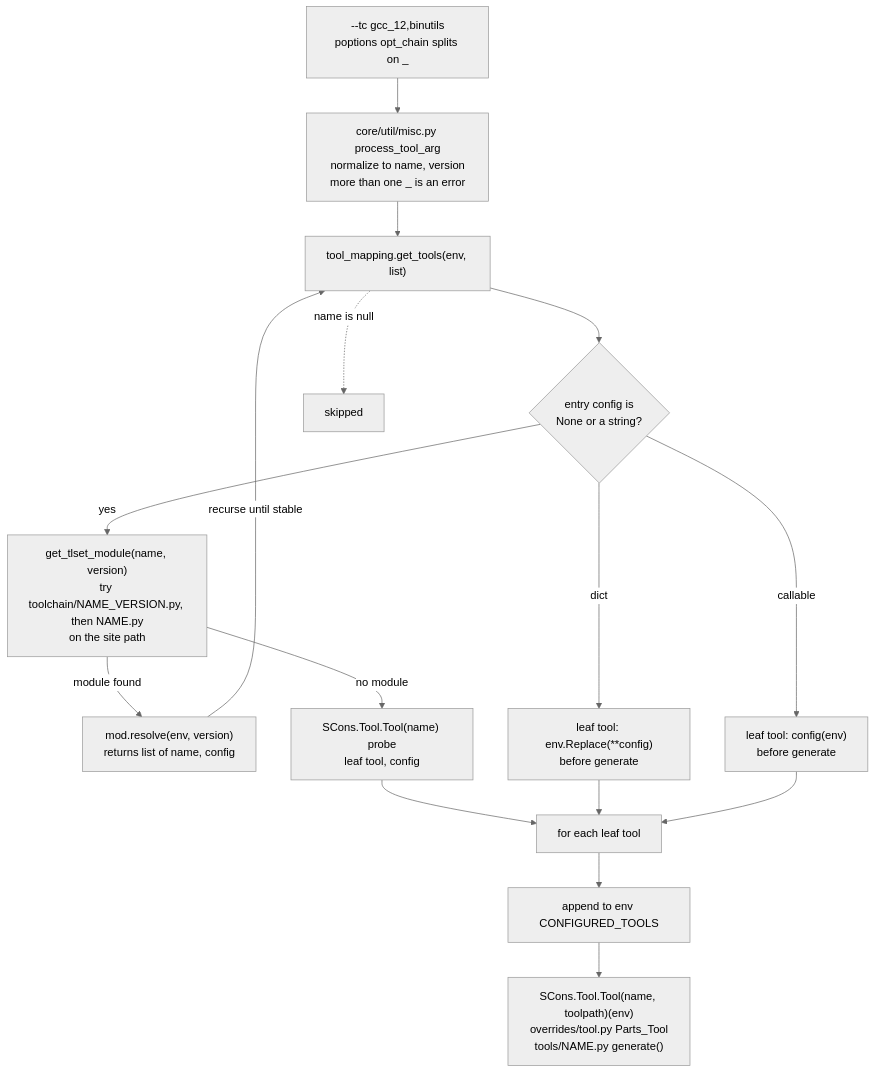
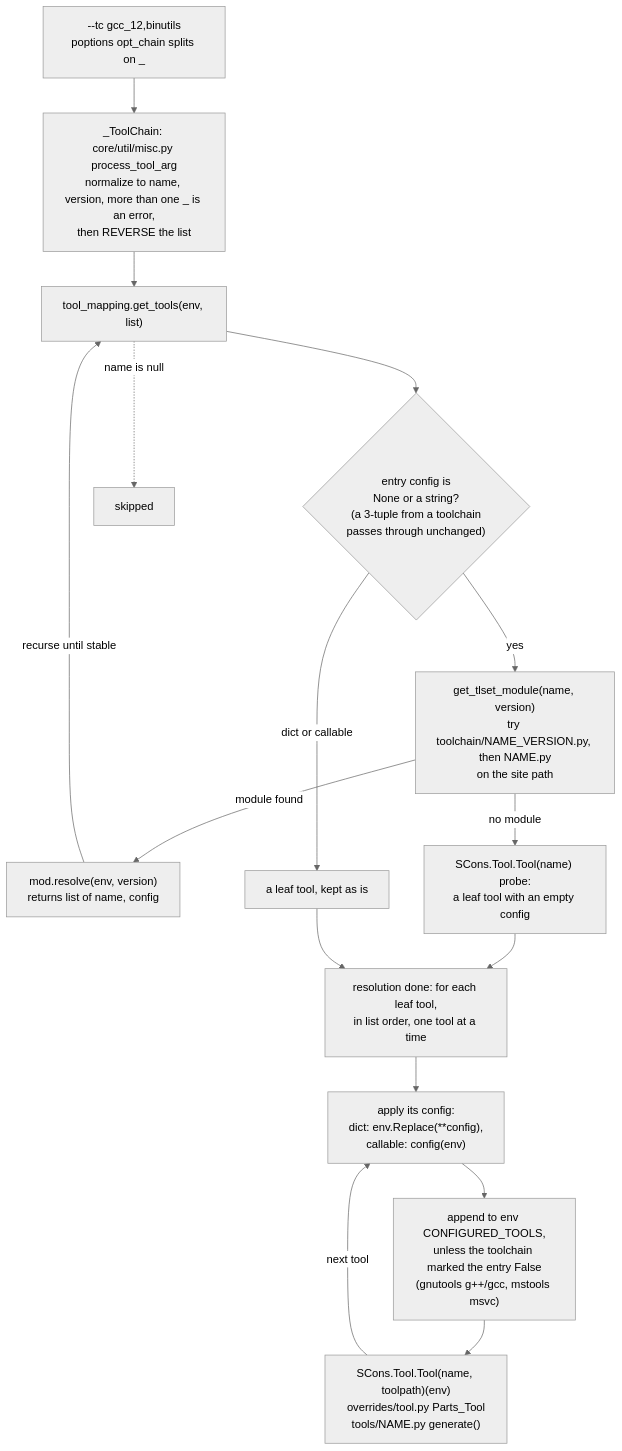
Before and after one commit to sconsparts/parts: the second of 3 diagrams in doc/architecture/02-environments-toolchains-config.md, drawn with Mermaid (neutral theme). The commit also changed other lines of this file and 8 other files, not shown here.

First line of the commit message:
Correct the architecture maps after an order-and-attribution review

````diff
--- a/doc/architecture/02-environments-toolchains-config.md
+++ b/doc/architecture/02-environments-toolchains-config.md
@@ -37,18 +38,18 @@
 ```mermaid
 flowchart TD
-    A["--tc gcc_12,binutils<br/>poptions opt_chain splits on _"] --> B["core/util/misc.py process_tool_arg<br/>normalize to name, version<br/>more than one _ is an error"]
+    A["--tc gcc_12,binutils<br/>poptions opt_chain splits on _"] --> B["_ToolChain: core/util/misc.py process_tool_arg<br/>normalize to name, version, more than one _ is an error,<br/>then REVERSE the list"]
     B --> C["tool_mapping.get_tools(env, list)"]
-    C --> D{"entry config is<br/>None or a string?"}
+    C --> D{"entry config is<br/>None or a string?<br/>(a 3-tuple from a toolchain<br/>passes through unchanged)"}
     D -->|"yes"| E["get_tlset_module(name, version)<br/>try toolchain/NAME_VERSION.py, then NAME.py<br/>on the site path"]
     E -->|"module found"| F["mod.resolve(env, version)<br/>returns list of name, config"]
     F -->|"recurse until stable"| C
-    E -->|"no module"| G["SCons.Tool.Tool(name) probe<br/>leaf tool, config"]
-    D -->|"dict"| H["leaf tool: env.Replace(**config)<br/>before generate"]
-    D -->|"callable"| I["leaf tool: config(env)<br/>before generate"]
-    G --> J["for each leaf tool"]
+    E -->|"no module"| G["SCons.Tool.Tool(name) probe:<br/>a leaf tool with an empty config"]
+    D -->|"dict or callable"| H["a leaf tool, kept as is"]
+    G --> J["resolution done: for each leaf tool,<br/>in list order, one tool at a time"]
     H --> J
-    I --> J
-    J --> K["append to env CONFIGURED_TOOLS"]
+    J --> J1["apply its config:<br/>dict: env.Replace(**config),<br/>callable: config(env)"]
+    J1 --> K["append to env CONFIGURED_TOOLS,<br/>unless the toolchain marked the entry False<br/>(gnutools g++/gcc, mstools msvc)"]
     K --> L["SCons.Tool.Tool(name, toolpath)(env)<br/>overrides/tool.py Parts_Tool<br/>tools/NAME.py generate()"]
+    L -->|"next tool"| J1
     C -.->|"name is null"| N["skipped"]
 ```
````
